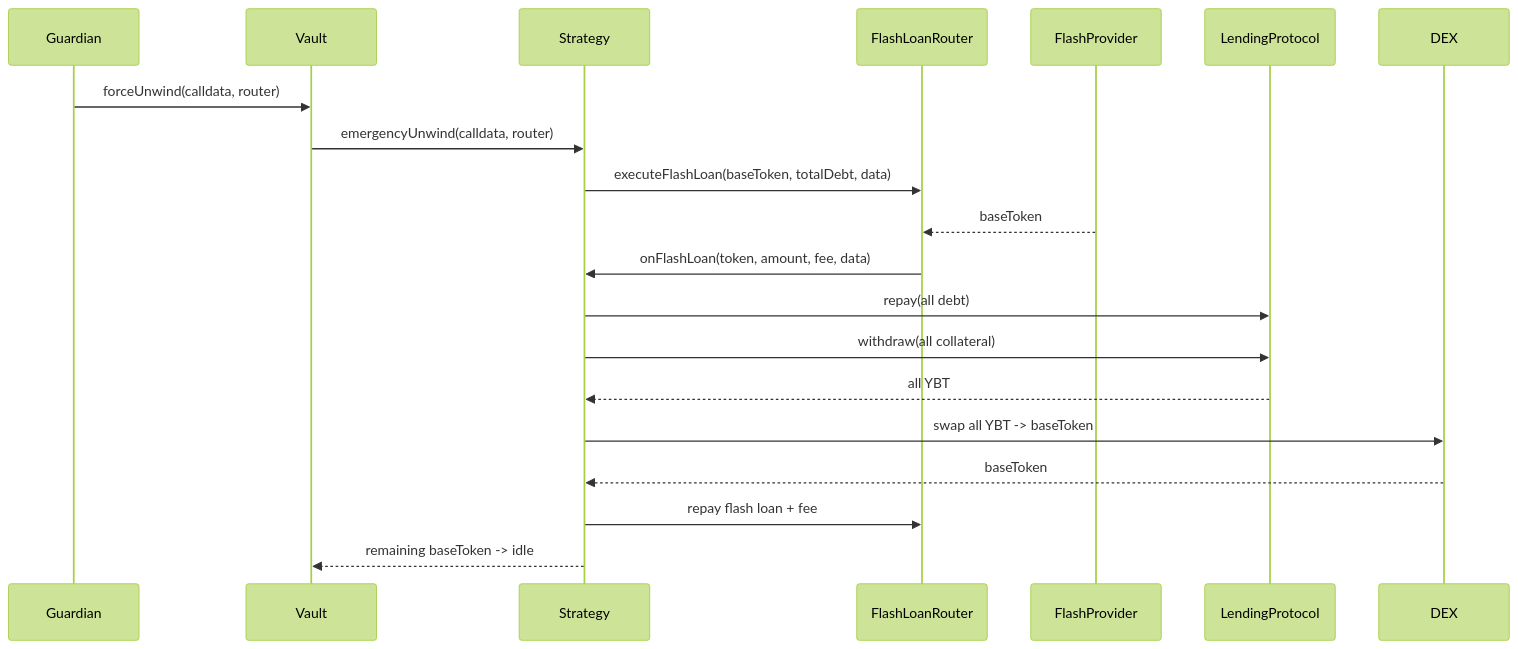
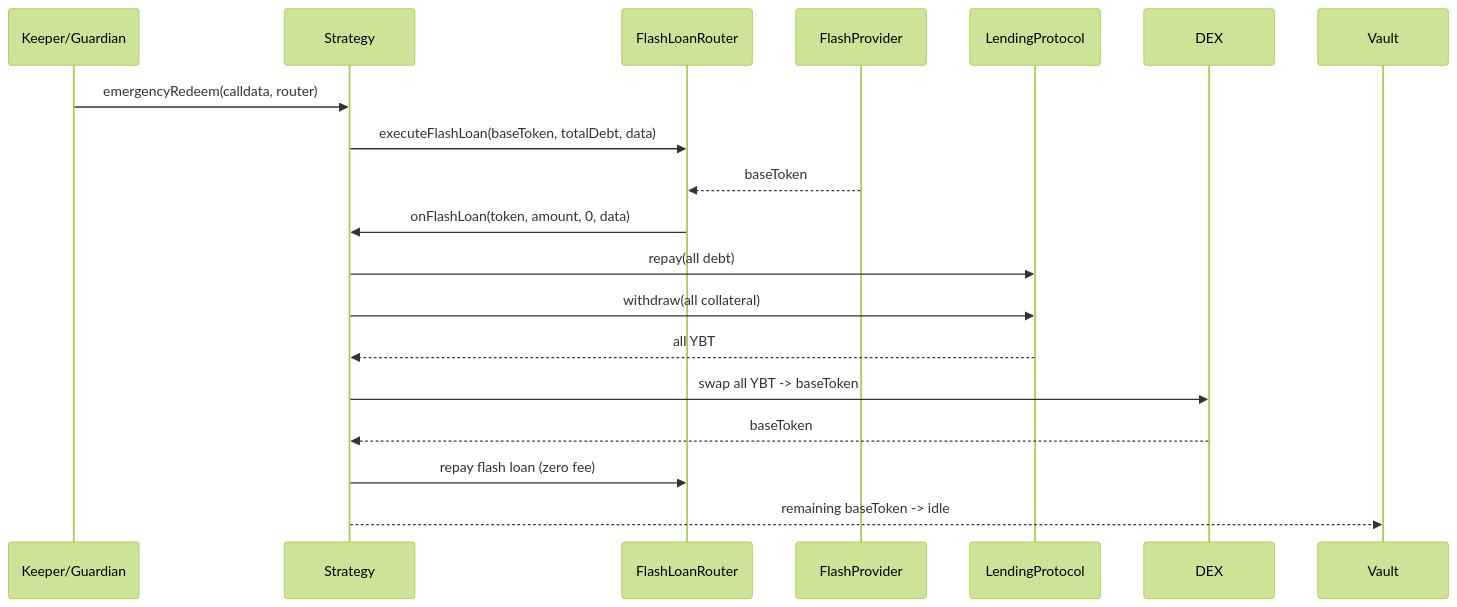
The eighth of 8 diagrams in docs/architecture/token-flows.md (evgenynacu/leverage-vaults), drawn with Mermaid (forest theme) before and after one commit. The commit also changed other lines of this file and 10 other files, not shown here.

````diff
--- a/docs/architecture/token-flows.md
+++ b/docs/architecture/token-flows.md
@@ -137,15 +140,14 @@
 ```mermaid
 sequenceDiagram
-    Guardian->>Vault: forceUnwind(calldata, router)
-    Vault->>Strategy: emergencyUnwind(calldata, router)
+    Keeper/Guardian->>Strategy: emergencyRedeem(calldata, router)
     Strategy->>FlashLoanRouter: executeFlashLoan(baseToken, totalDebt, data)
     FlashProvider-->>FlashLoanRouter: baseToken
-    FlashLoanRouter->>Strategy: onFlashLoan(token, amount, fee, data)
+    FlashLoanRouter->>Strategy: onFlashLoan(token, amount, 0, data)
     Strategy->>LendingProtocol: repay(all debt)
     Strategy->>LendingProtocol: withdraw(all collateral)
     LendingProtocol-->>Strategy: all YBT
     Strategy->>DEX: swap all YBT -> baseToken
     DEX-->>Strategy: baseToken
-    Strategy->>FlashLoanRouter: repay flash loan + fee
+    Strategy->>FlashLoanRouter: repay flash loan (zero fee)
     Strategy-->>Vault: remaining baseToken -> idle
 ```
````
